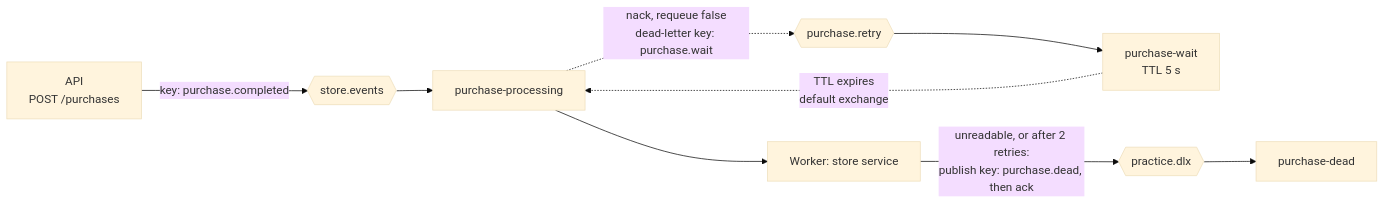
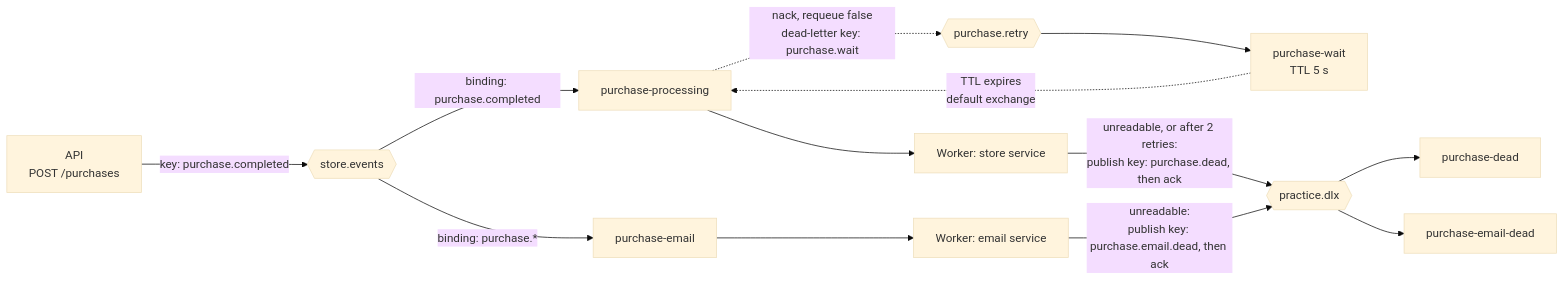
One commit to SimpleSandman/RabbitMqPractice changed the second of 2 diagrams in README.md. Above: the diagram before and after it, drawn with Mermaid (base theme). The commit also changed other lines of this file, not shown here.

````diff
--- a/README.md
+++ b/README.md
@@ -44,11 +46,15 @@
 ```mermaid
 flowchart LR
     A["API<br/>POST /purchases"] -->|"key: purchase.completed"| SE{{store.events}}
-    SE --> PP[purchase-processing]
+    SE -->|"binding: purchase.completed"| PP[purchase-processing]
+    SE -->|"binding: purchase.*"| PE[purchase-email]
     PP --> SW[Worker: store service]
+    PE --> EW[Worker: email service]
     PP -.->|"nack, requeue false<br/>dead-letter key: purchase.wait"| PR{{purchase.retry}}
     PR --> PW["purchase-wait<br/>TTL 5 s"]
     PW -.->|"TTL expires<br/>default exchange"| PP
     SW -->|"unreadable, or after 2 retries:<br/>publish key: purchase.dead, then ack"| DX{{practice.dlx}}
+    EW -->|"unreadable:<br/>publish key: purchase.email.dead, then ack"| DX
     DX --> PD[purchase-dead]
+    DX --> PED[purchase-email-dead]
 ```
````
